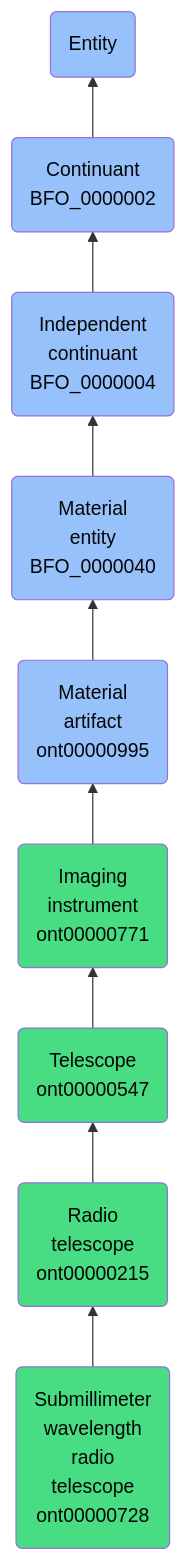
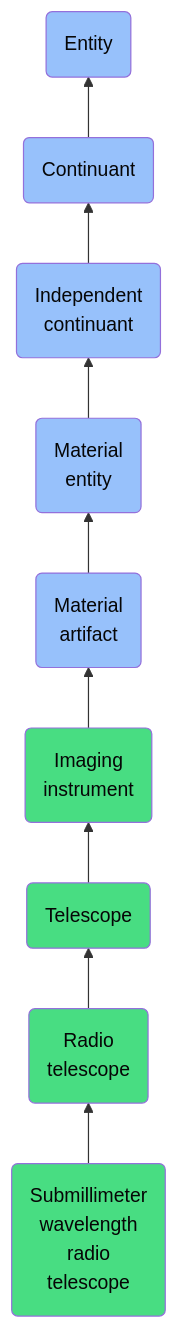
One commit to jupyter-naas/abi changed the diagram in docs/ontology/reference/model/Entity/Continuant/Independent continuant/Material entity/Material artifact/Imaging instrument/Telescope/Radio telescope/Submillimeter wavelength radio telescope/Submillimeter wavelength radio telescope.md. Above: the diagram before and after it, drawn with Mermaid. The commit also changed other lines of this file and 1430 other files, not shown here.

````diff
--- a/docs/ontology/reference/model/Entity/Continuant/Independent continuant/Material entity/Material artifact/Imaging instrument/Telescope/Radio telescope/Submillimeter wavelength radio telescope/Submillimeter wavelength radio telescope.md
+++ b/docs/ontology/reference/model/Entity/Continuant/Independent continuant/Material entity/Material artifact/Imaging instrument/Telescope/Radio telescope/Submillimeter wavelength radio telescope/Submillimeter wavelength radio telescope.md
@@ -24,16 +24,16 @@
 ```mermaid
 graph BT
-    ont00000728(Submillimeter<br>wavelength<br>radio<br>telescope<br>ont00000728):::ABI-->ont00000215
-    ont00000215(Radio<br>telescope<br>ont00000215):::ABI-->ont00000547
-    ont00000547(Telescope<br>ont00000547):::ABI-->ont00000771
-    ont00000771(Imaging<br>instrument<br>ont00000771):::ABI-->ont00000995
-    ont00000995(Material<br>artifact<br>ont00000995):::BFO-->BFO_0000040
-    BFO_0000040(Material<br>entity<br>BFO_0000040):::BFO-->BFO_0000004
-    BFO_0000004(Independent<br>continuant<br>BFO_0000004):::BFO-->BFO_0000002
-    BFO_0000002(Continuant<br>BFO_0000002):::BFO-->BFO_0000001
+    ont00000728(Submillimeter<br>wavelength<br>radio<br>telescope):::ABI-->ont00000215
+    ont00000215(Radio<br>telescope):::ABI-->ont00000547
+    ont00000547(Telescope):::ABI-->ont00000771
+    ont00000771(Imaging<br>instrument):::ABI-->ont00000995
+    ont00000995(Material<br>artifact):::BFO-->BFO_0000040
+    BFO_0000040(Material<br>entity):::BFO-->BFO_0000004
+    BFO_0000004(Independent<br>continuant):::BFO-->BFO_0000002
+    BFO_0000002(Continuant):::BFO-->BFO_0000001
     BFO_0000001(Entity):::BFO
     
     classDef BFO fill:#97c1fb,color:#060606
     classDef CCO fill:#e4c51e,color:#060606
     classDef ABI fill:#48DD82,color:#060606
 ```
````
